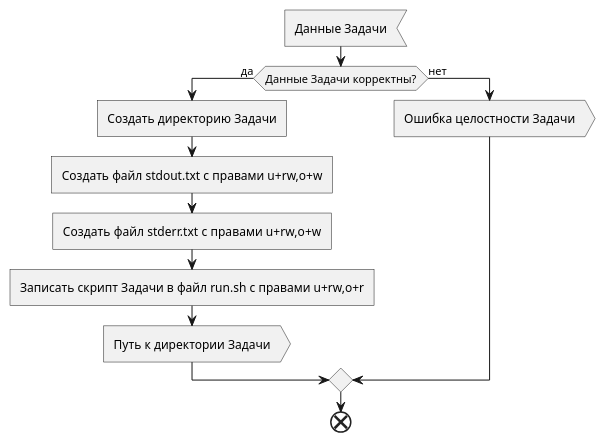
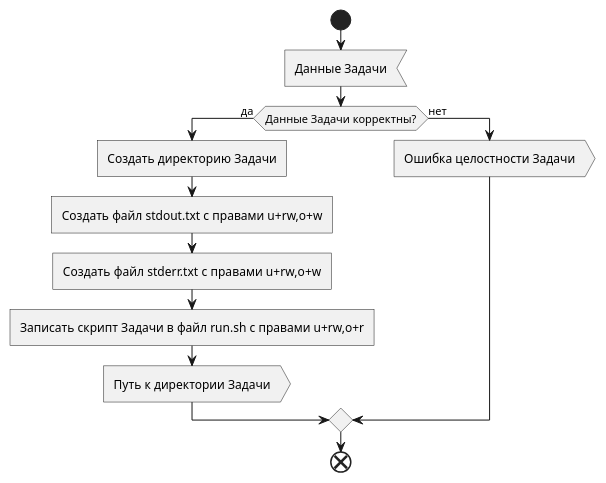
One commit to mrypdm/JobSystem changed the fourth of 7 diagrams in docs/diagrams/activity/Job.Worker.puml. Above: the diagram before and after it, drawn with PlantUML. The commit also changed other lines of this file and 5 other files, not shown here.

```diff
--- a/docs/diagrams/activity/Job.Worker.puml
+++ b/docs/diagrams/activity/Job.Worker.puml
@@ -116,17 +118,19 @@
 @startuml Create environment
+
+start
 
 :Данные Задачи<
 
 if (Данные Задачи корректны?) then (да)
     :Создать директорию Задачи]
     :Создать файл stdout.txt c правами u+rw,o+w]
     :Создать файл stderr.txt c правами u+rw,o+w]
     :Записать скрипт Задачи в файл run.sh c правами u+rw,o+r]
     :Путь к директории Задачи>
 else (нет)
     :Ошибка целостности Задачи>
 endif
 
 end
 
 @enduml
```
